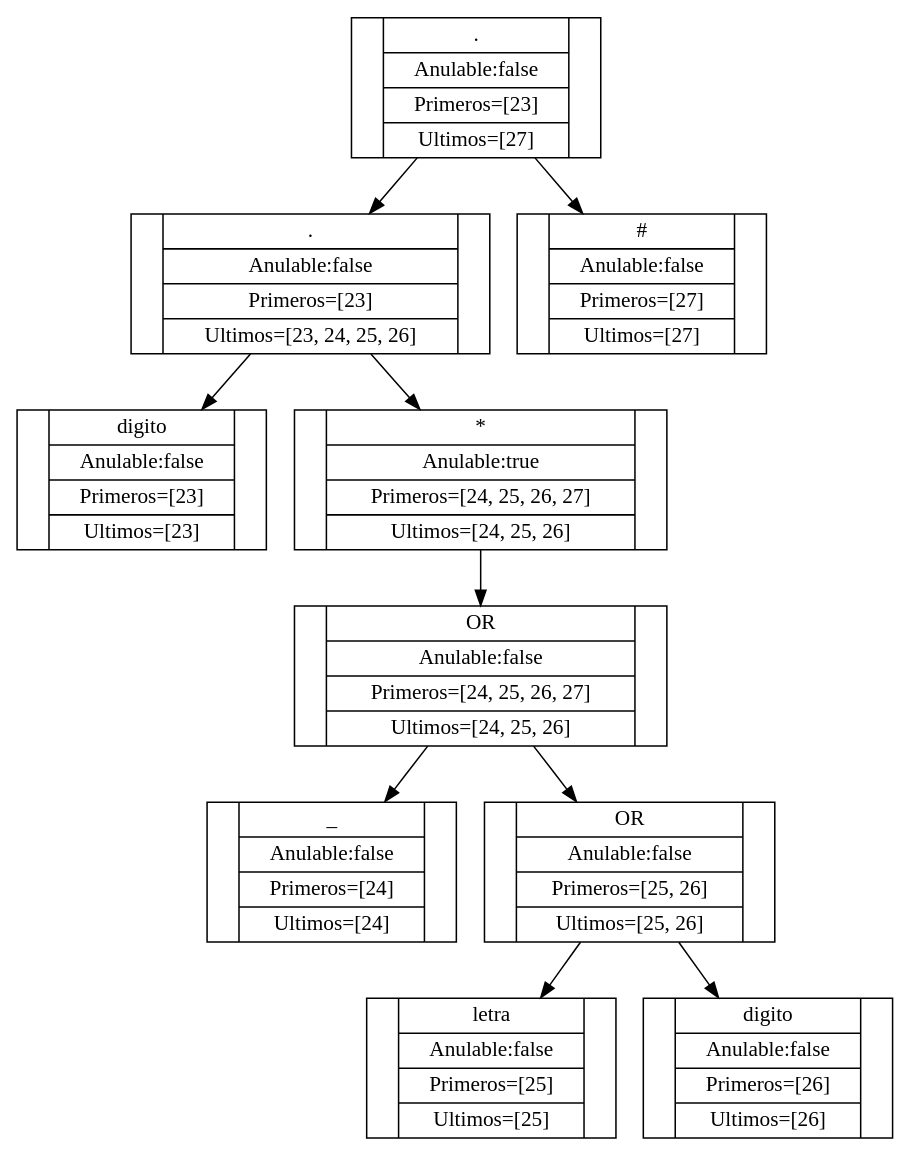
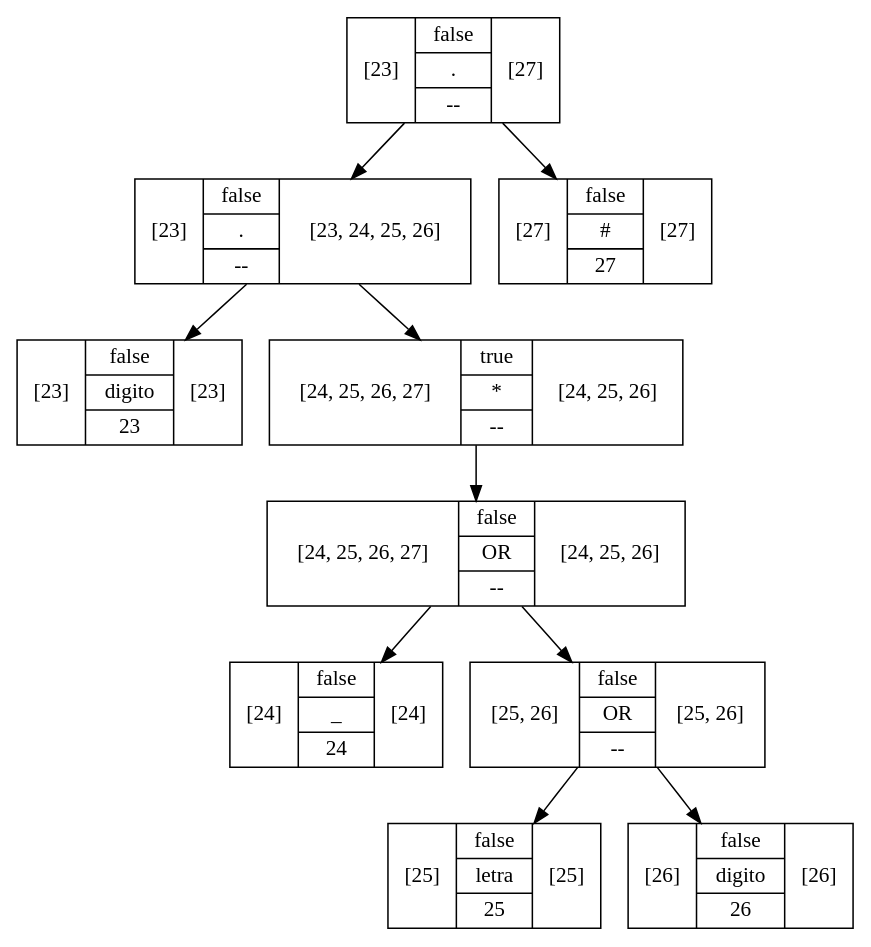
One commit to JeffMendez/OCL_Proyecto1_201901557 changed the diagram in Regexive/archivos/ARBOLES_201901557/RegEx3.dot. Above: the diagram before and after it, drawn with Graphviz. The commit also changed 31 other files, not shown here.

```diff
--- a/Regexive/archivos/ARBOLES_201901557/RegEx3.dot
+++ b/Regexive/archivos/ARBOLES_201901557/RegEx3.dot
@@ -1,21 +1,21 @@
 digraph G {
-1626651795 [shape=record label="<IZQ>|{digito|Anulable:false|Primeros=[23]|Ultimos=[23]}|<DER>"];
-1179294419 [shape=record label="<IZQ>|{_|Anulable:false|Primeros=[24]|Ultimos=[24]}|<DER>"];
-1840729541 [shape=record label="<IZQ>|{letra|Anulable:false|Primeros=[25]|Ultimos=[25]}|<DER>"];
-904396338 [shape=record label="<IZQ>|{digito|Anulable:false|Primeros=[26]|Ultimos=[26]}|<DER>"];
-1890765881 [shape=record label="<IZQ>|{OR|Anulable:false|Primeros=[25, 26]|Ultimos=[25, 26]}|<DER>"];
-1890765881 -> 1840729541
-1890765881 -> 904396338
-1656511742 [shape=record label="<IZQ>|{OR|Anulable:false|Primeros=[24, 25, 26, 27]|Ultimos=[24, 25, 26]}|<DER>"];
-1656511742 -> 1179294419
-1656511742 -> 1890765881
-900922377 [shape=record label="<IZQ>|{*|Anulable:true|Primeros=[24, 25, 26, 27]|Ultimos=[24, 25, 26]}|<DER>"];
-900922377 -> 1656511742
-1068401379 [shape=record label="<IZQ>|{.|Anulable:false|Primeros=[23]|Ultimos=[23, 24, 25, 26]}|<DER>"];
-1068401379 -> 1626651795
-1068401379 -> 900922377
-1503351339 [shape=record label="<IZQ>|{#|Anulable:false|Primeros=[27]|Ultimos=[27]}|<DER>"];
-1505803850 [shape=record label="<IZQ>|{.|Anulable:false|Primeros=[23]|Ultimos=[27]}|<DER>"];
-1505803850 -> 1068401379
-1505803850 -> 1503351339
+1567626379 [shape=record label="[23] |{ false | digito | 23 }| [23]"];
+84060843 [shape=record label="[24] |{ false | _ | 24 }| [24]"];
+1854284149 [shape=record label="[25] |{ false | letra | 25 }| [25]"];
+894261096 [shape=record label="[26] |{ false | digito | 26 }| [26]"];
+1749342470 [shape=record label="[25, 26] |{ false | OR | -- }| [25, 26]"];
+1749342470 -> 1854284149
+1749342470 -> 894261096
+2013491543 [shape=record label="[24, 25, 26, 27] |{ false | OR | -- }| [24, 25, 26]"];
+2013491543 -> 84060843
+2013491543 -> 1749342470
+659651243 [shape=record label="[24, 25, 26, 27] |{ true | * | -- }| [24, 25, 26]"];
+659651243 -> 2013491543
+2021166910 [shape=record label="[23] |{ false | . | -- }| [23, 24, 25, 26]"];
+2021166910 -> 1567626379
+2021166910 -> 659651243
+918218206 [shape=record label="[27] |{ false | # | 27 }| [27]"];
+1431348119 [shape=record label="[23] |{ false | . | -- }| [27]"];
+1431348119 -> 2021166910
+1431348119 -> 918218206
 }
```
